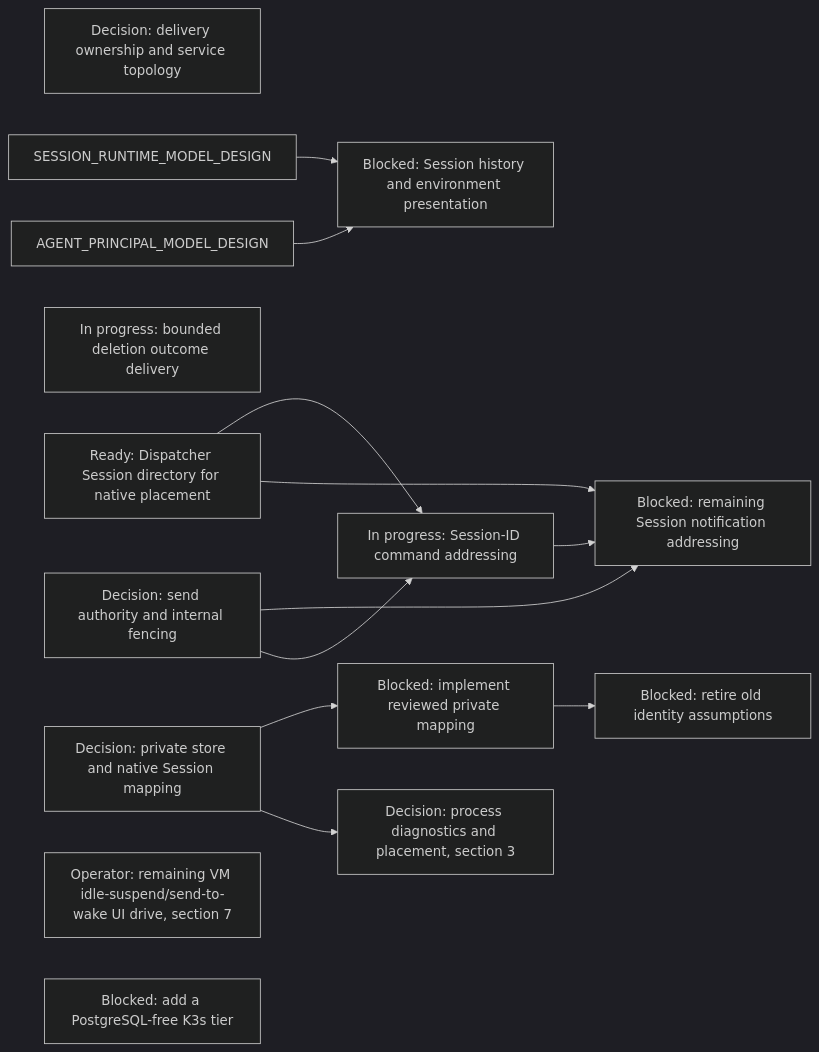
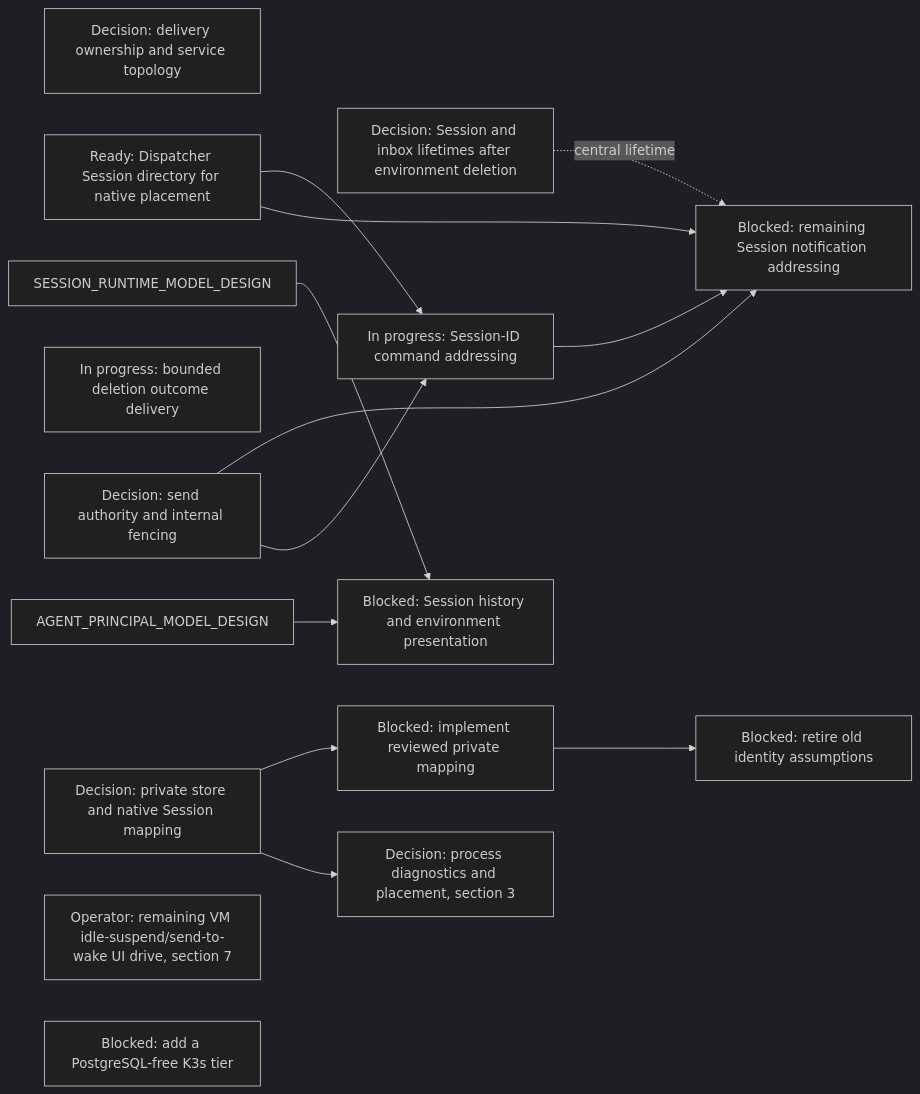
One commit to agentydragon/ducktape changed diagram 14 of 17 in agentplane/plans/task_dag.md. Above: the diagram before and after it, drawn with Mermaid (dark theme). The commit also changed other lines of this file and 1 other file, not shown here.

Commit message:
Record Session and inbox lifetime decision

````diff
--- a/agentplane/plans/task_dag.md
+++ b/agentplane/plans/task_dag.md
@@ -2044,26 +2044,28 @@
 ```mermaid
 flowchart LR
     DISPATCHER_PERSISTENCE_MODEL_DESIGN[Decision: delivery ownership and service topology]
     SESSION_DIRECTORY_NATIVE[Ready: Dispatcher Session directory for native placement]
     DELIVERY_DESTINATION_AUTHORITY_DESIGN[Decision: send authority and internal fencing]
     SESSION_DELETION_FENCE[In progress: bounded deletion outcome delivery]
+    SESSION_AND_INBOX_LIFETIME[Decision: Session and inbox lifetimes after environment deletion]
     DELIVERY_DESTINATION_CONTRACT[In progress: Session-ID command addressing]
     SESSION_NOTIFICATION_ADDRESS[Blocked: remaining Session notification addressing]
     SESSION_HISTORY_PRESENTATION[Blocked: Session history and environment presentation]
     SESSION_DIRECTORY_NATIVE --> DELIVERY_DESTINATION_CONTRACT
     SESSION_DIRECTORY_NATIVE --> SESSION_NOTIFICATION_ADDRESS
     DELIVERY_DESTINATION_AUTHORITY_DESIGN --> SESSION_NOTIFICATION_ADDRESS
     DELIVERY_DESTINATION_CONTRACT --> SESSION_NOTIFICATION_ADDRESS
+    SESSION_AND_INBOX_LIFETIME -. central lifetime .-> SESSION_NOTIFICATION_ADDRESS
     SESSION_RUNTIME_MODEL_DESIGN --> SESSION_HISTORY_PRESENTATION
     AGENT_PRINCIPAL_MODEL_DESIGN --> SESSION_HISTORY_PRESENTATION
     HARNESS_IDENTITY_DESIGN[Decision: private store and native Session mapping]
     RUNNER_STORE_SESSION_IDENTITY[Blocked: implement reviewed private mapping]
     RUNNER_IDENTITY_LEGACY_CLEANUP[Blocked: retire old identity assumptions]
     IDLE_SUSPEND_UI_DRIVE[Operator: remaining VM idle-suspend/send-to-wake UI drive, section 7]
     RUNNER_HARNESS_OBJECTS_DESIGN[Decision: process diagnostics and placement, section 3]
     CNPG_FREE_K3S_INTEGRATION_TIER[Blocked: add a PostgreSQL-free K3s tier]
     DELIVERY_DESTINATION_AUTHORITY_DESIGN --> DELIVERY_DESTINATION_CONTRACT
     RUNNER_STORE_SESSION_IDENTITY --> RUNNER_IDENTITY_LEGACY_CLEANUP
     HARNESS_IDENTITY_DESIGN --> RUNNER_STORE_SESSION_IDENTITY
     HARNESS_IDENTITY_DESIGN --> RUNNER_HARNESS_OBJECTS_DESIGN
 ```
````
